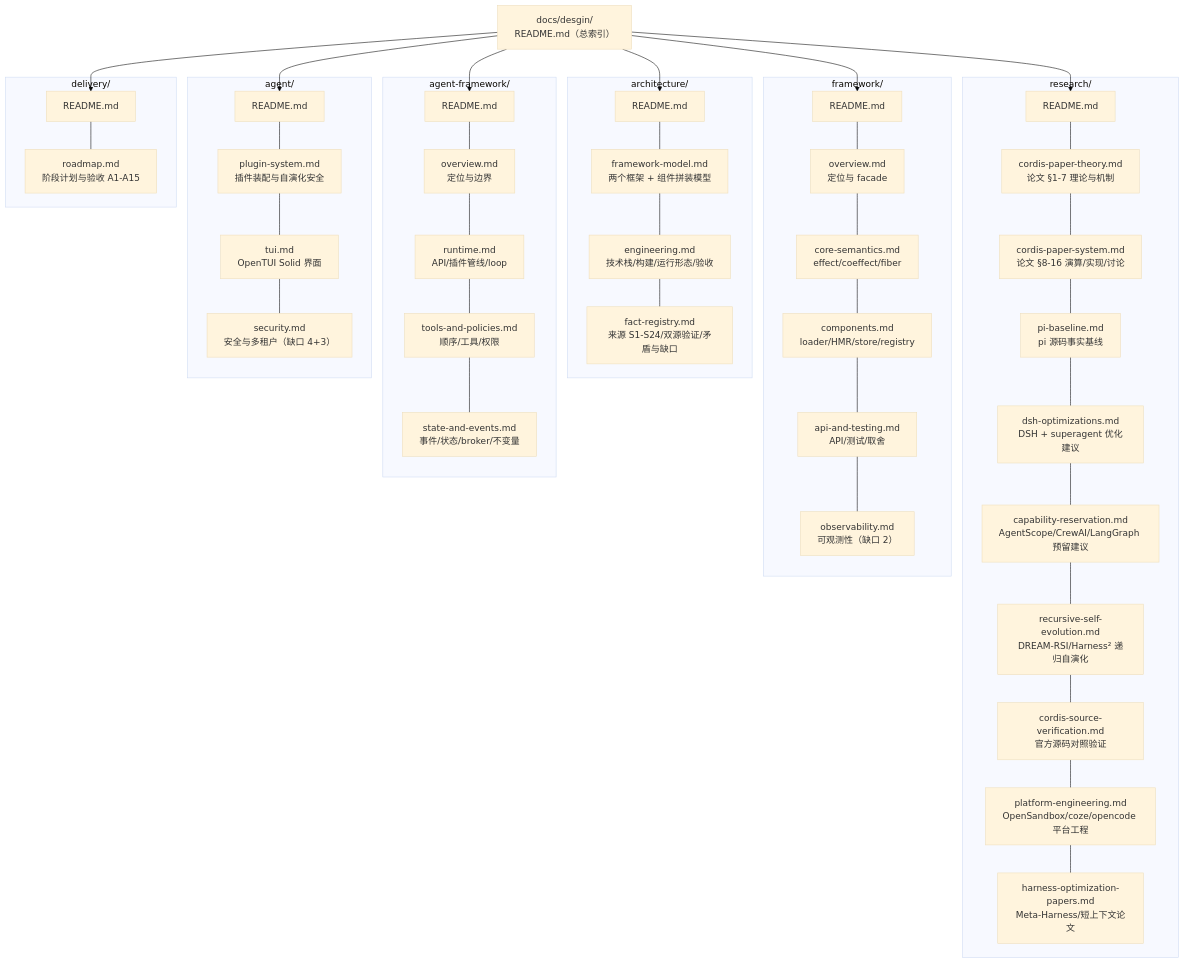
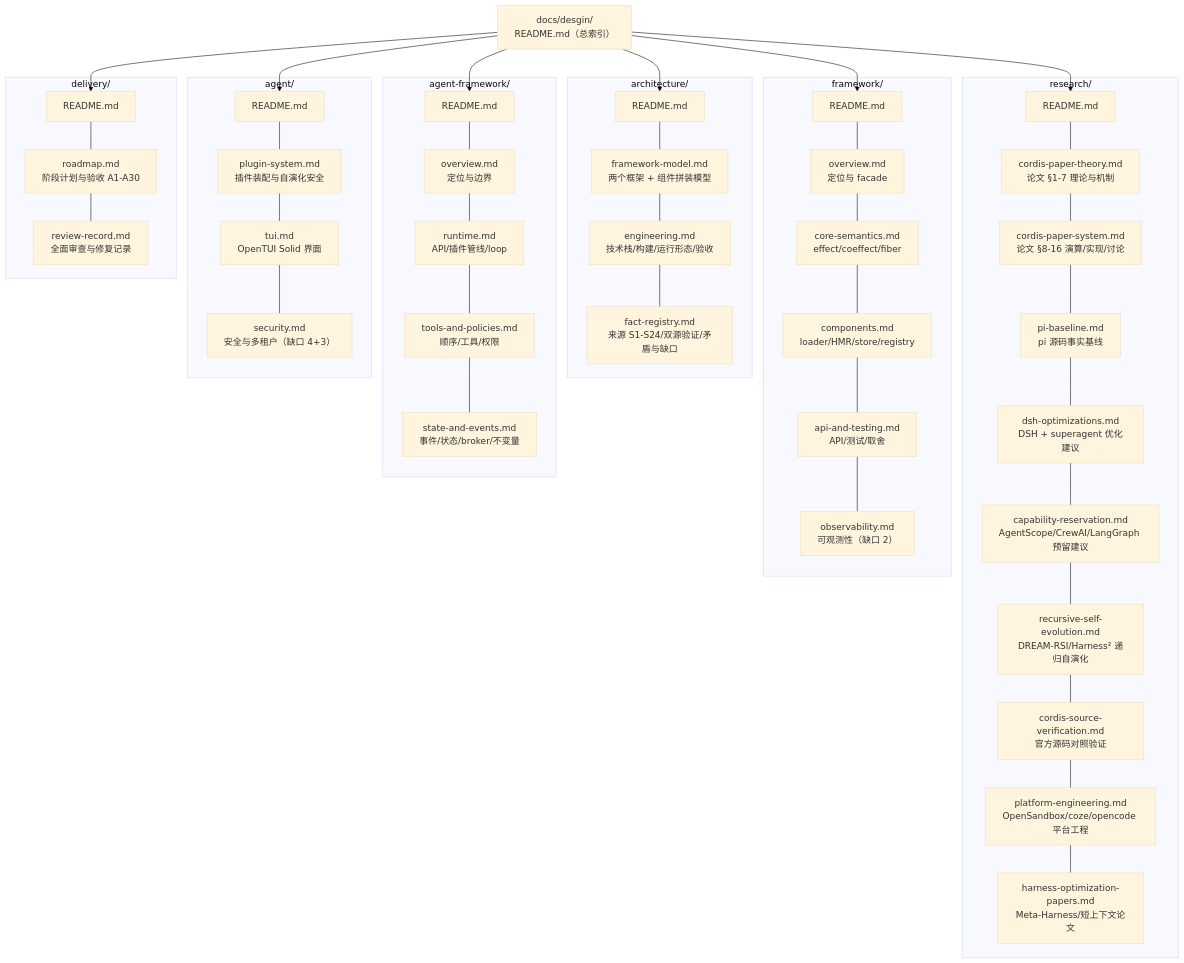
One commit to jesspig/zeta-agent changed the first of 2 diagrams in docs/desgin/README.md. Above: the diagram before and after it, drawn with Mermaid (base theme). The commit also changed other lines of this file and 22 other files, not shown here.

````diff
--- a/docs/desgin/README.md
+++ b/docs/desgin/README.md
@@ -19,42 +19,43 @@
 ```mermaid
 flowchart TB
     ROOT["docs/desgin/<br/>README.md（总索引）"]
     subgraph R["research/"]
         R0["README.md"] --- R1["cordis-paper-theory.md<br/>论文 §1-7 理论与机制"]
         R1 --- R2["cordis-paper-system.md<br/>论文 §8-16 演算/实现/讨论"]
         R2 --- R3["pi-baseline.md<br/>pi 源码事实基线"]
         R3 --- R4["dsh-optimizations.md<br/>DSH + superagent 优化建议"]
         R4 --- R5["capability-reservation.md<br/>AgentScope/CrewAI/LangGraph 预留建议"]
         R5 --- R6["recursive-self-evolution.md<br/>DREAM-RSI/Harness² 递归自演化"]
         R6 --- R7["cordis-source-verification.md<br/>官方源码对照验证"]
         R7 --- R8["platform-engineering.md<br/>OpenSandbox/coze/opencode 平台工程"]
         R8 --- R9["harness-optimization-papers.md<br/>Meta-Harness/短上下文论文"]
     end
     subgraph A["architecture/"]
         A0["README.md"] --- A1["framework-model.md<br/>两个框架 + 组件拼装模型"]
         A1 --- A2["engineering.md<br/>技术栈/构建/运行形态/验收"]
         A2 --- A3["fact-registry.md<br/>来源 S1-S24/双源验证/矛盾与缺口"]
     end
     subgraph F["framework/"]
         F0["README.md"] --- F1["overview.md<br/>定位与 facade"]
         F1 --- F2["core-semantics.md<br/>effect/coeffect/fiber"]
         F2 --- F3["components.md<br/>loader/HMR/store/registry"]
         F3 --- F4["api-and-testing.md<br/>API/测试/取舍"]
         F4 --- F5["observability.md<br/>可观测性（缺口 2）"]
     end
     subgraph AF["agent-framework/"]
         AF0["README.md"] --- AF1["overview.md<br/>定位与边界"]
         AF1 --- AF2["runtime.md<br/>API/插件管线/loop"]
         AF2 --- AF3["tools-and-policies.md<br/>顺序/工具/权限"]
         AF3 --- AF4["state-and-events.md<br/>事件/状态/broker/不变量"]
     end
     subgraph AG["agent/"]
         AG0["README.md"] --- AG1["plugin-system.md<br/>插件装配与自演化安全"]
         AG1 --- AG2["tui.md<br/>OpenTUI Solid 界面"]
         AG2 --- AG3["security.md<br/>安全与多租户（缺口 4+3）"]
     end
     subgraph D["delivery/"]
-        D0["README.md"] --- D1["roadmap.md<br/>阶段计划与验收 A1-A15"]
+        D0["README.md"] --- D1["roadmap.md<br/>阶段计划与验收 A1-A30"]
+        D1 --- D2["review-record.md<br/>全面审查与修复记录"]
     end
     ROOT --> R0 & A0 & F0 & AF0 & AG0 & D0
 ```
````
